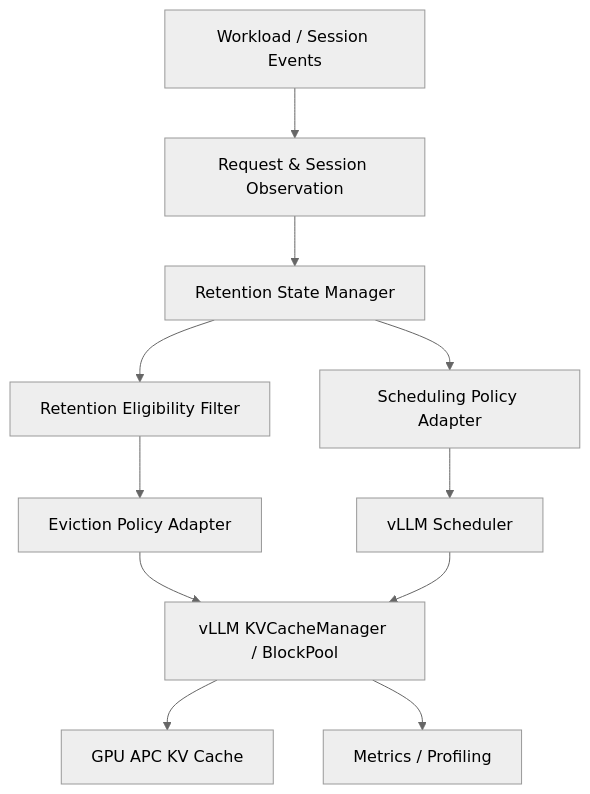
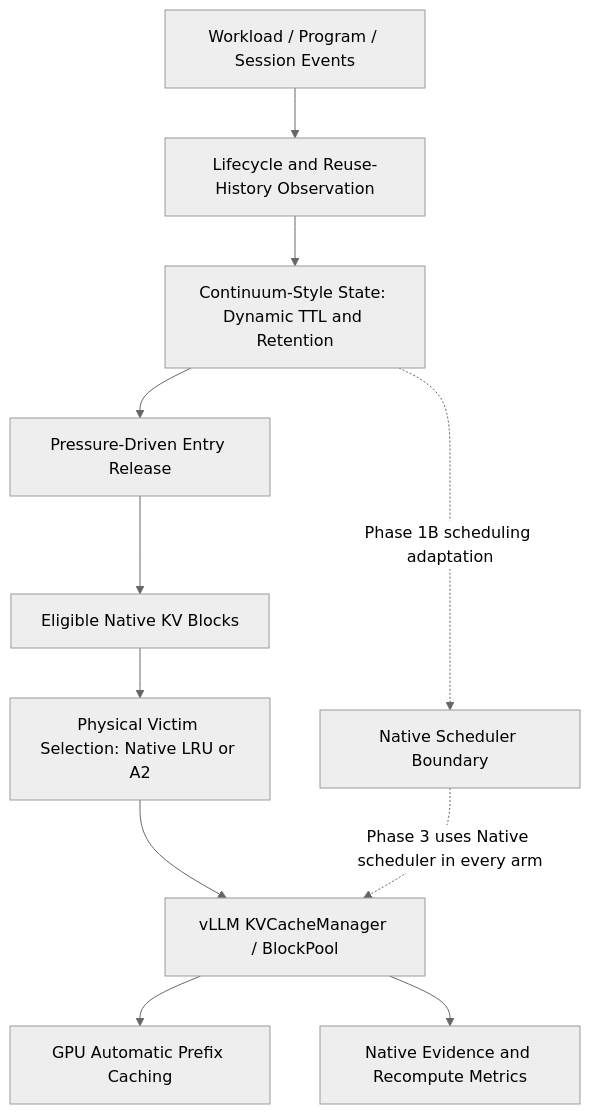
Before and after one commit to zhengjiahong-ai/LLM-KV-Cache-Optimization: the diagram in README.md, drawn with Mermaid (neutral theme). The commit also changed other lines of this file and 9 other files, not shown here.

````diff
--- a/README.md
+++ b/README.md
@@ -78,13 +69,13 @@
-```mermaid
+~~~mermaid
 flowchart TD
-    A[Workload / Session Events] --> B[Request & Session Observation]
-    B --> C[Retention State Manager]
-    C --> D[Scheduling Policy Adapter]
-    D --> E[vLLM Scheduler]
-    C --> F[Retention Eligibility Filter]
-    F --> G[Eviction Policy Adapter]
-    G --> H[vLLM KVCacheManager / BlockPool]
-    E --> H
-    H --> I[GPU APC KV Cache]
-    H --> J[Metrics / Profiling]
-```
+    A[Workload / Program / Session Events] --> B[Lifecycle and Reuse-History Observation]
+    B --> C[Continuum-Style State: Dynamic TTL and Retention]
+    C --> D[Pressure-Driven Entry Release]
+    D --> E[Eligible Native KV Blocks]
+    E --> F[Physical Victim Selection: Native LRU or A2]
+    F --> G[vLLM KVCacheManager / BlockPool]
+    G --> H[GPU Automatic Prefix Caching]
+    G --> I[Native Evidence and Recompute Metrics]
+    C -. Phase 1B scheduling adaptation .-> J[Native Scheduler Boundary]
+    J -. Phase 3 uses Native scheduler in every arm .-> G
+~~~
````
